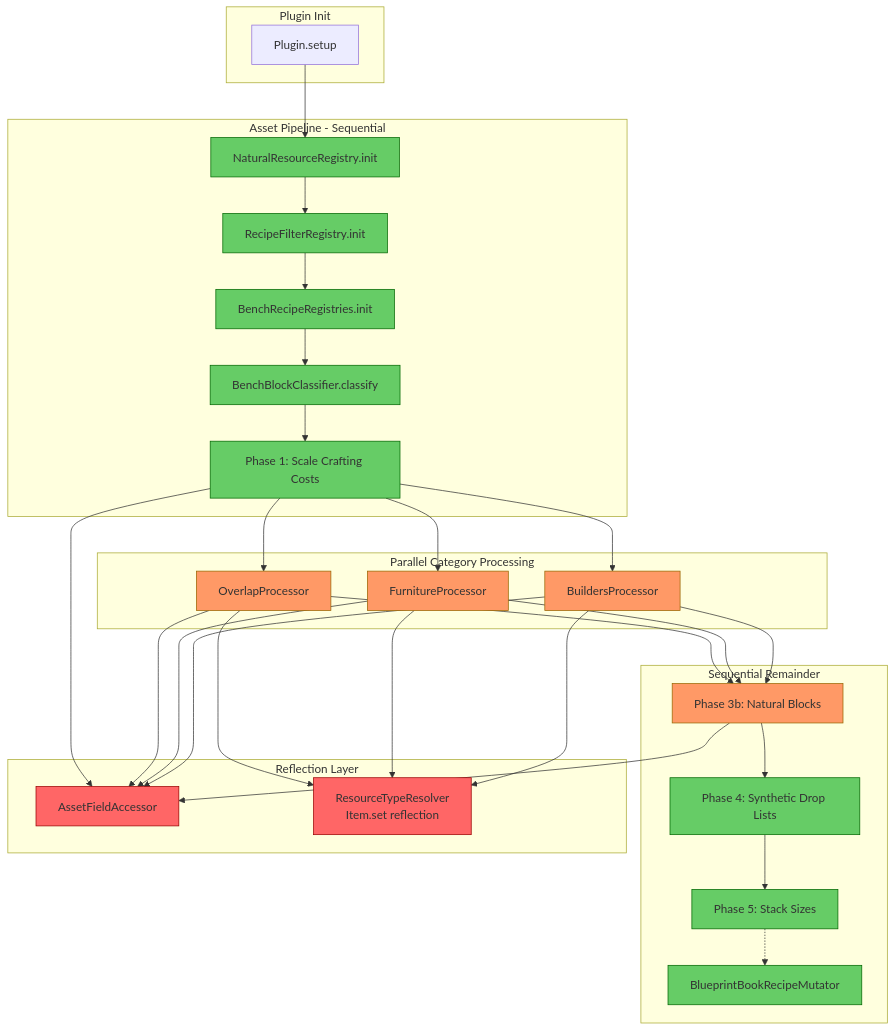
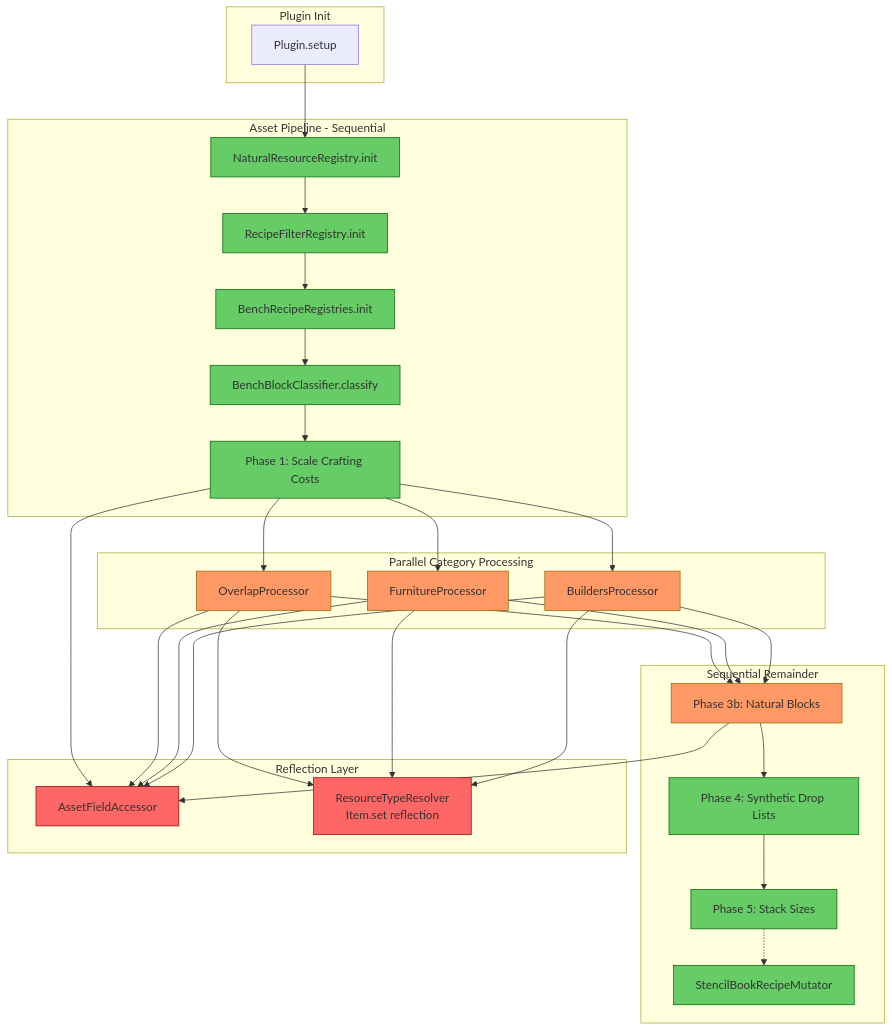
One commit to TheCodeCreature/Hytale-Example-Plugin changed the first of 2 diagrams in docs/review-full-codebase.md. Above: the diagram before and after it, drawn with Mermaid. The commit also changed other lines of this file and 289 other files, not shown here.

````diff
--- a/docs/review-full-codebase.md
+++ b/docs/review-full-codebase.md
@@ -121,50 +121,50 @@
 ```mermaid
 graph TB
     subgraph "Plugin Init"
         P[Plugin.setup]
     end
 
     subgraph "Asset Pipeline - Sequential"
         NRR[NaturalResourceRegistry.init]:::green
         RFR[RecipeFilterRegistry.init]:::green
         BRR[BenchRecipeRegistries.init]:::green
         BBC[BenchBlockClassifier.classify]:::green
         P1[Phase 1: Scale Crafting Costs]:::green
     end
 
     subgraph "Parallel Category Processing"
         BP[BuildersProcessor]:::orange
         FP[FurnitureProcessor]:::orange
         OP[OverlapProcessor]:::orange
     end
 
     subgraph "Sequential Remainder"
         P3B[Phase 3b: Natural Blocks]:::orange
         P4[Phase 4: Synthetic Drop Lists]:::green
         P5[Phase 5: Stack Sizes]:::green
-        BBRM[BlueprintBookRecipeMutator]:::green
+        BBRM[StencilBookRecipeMutator]:::green
     end
 
     subgraph "Reflection Layer"
         AFA[AssetFieldAccessor]:::red
         RTR[ResourceTypeResolver<br>Item.set reflection]:::red
     end
 
     P --> NRR --> RFR --> BRR --> BBC --> P1
     P1 --> BP & FP & OP
     BP & FP & OP --> P3B --> P4 --> P5
     P5 -.-> BBRM
 
     BP --> AFA
     FP --> AFA
     OP --> AFA
     P3B --> AFA
     P1 --> AFA
     BP --> RTR
     FP --> RTR
     OP --> RTR
 
     classDef red fill:#f66,stroke:#900
     classDef orange fill:#f96,stroke:#960
     classDef green fill:#6c6,stroke:#060
 ```
````
